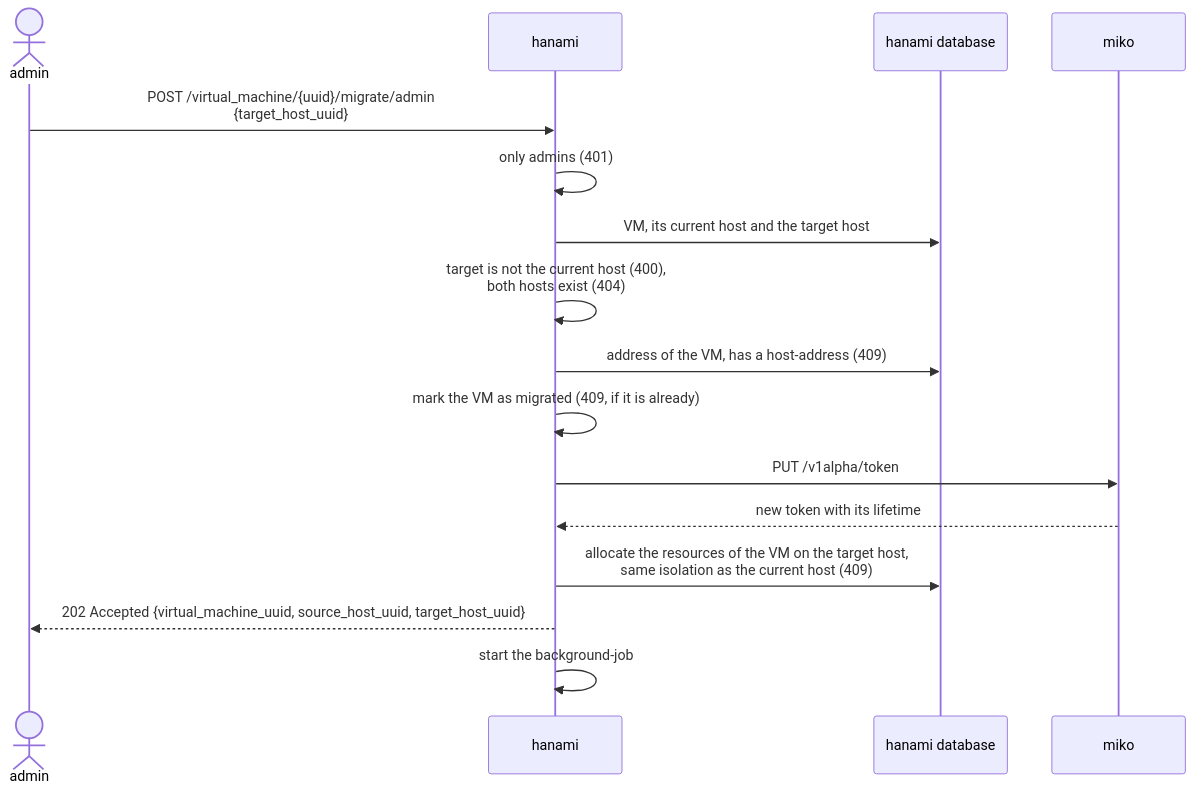
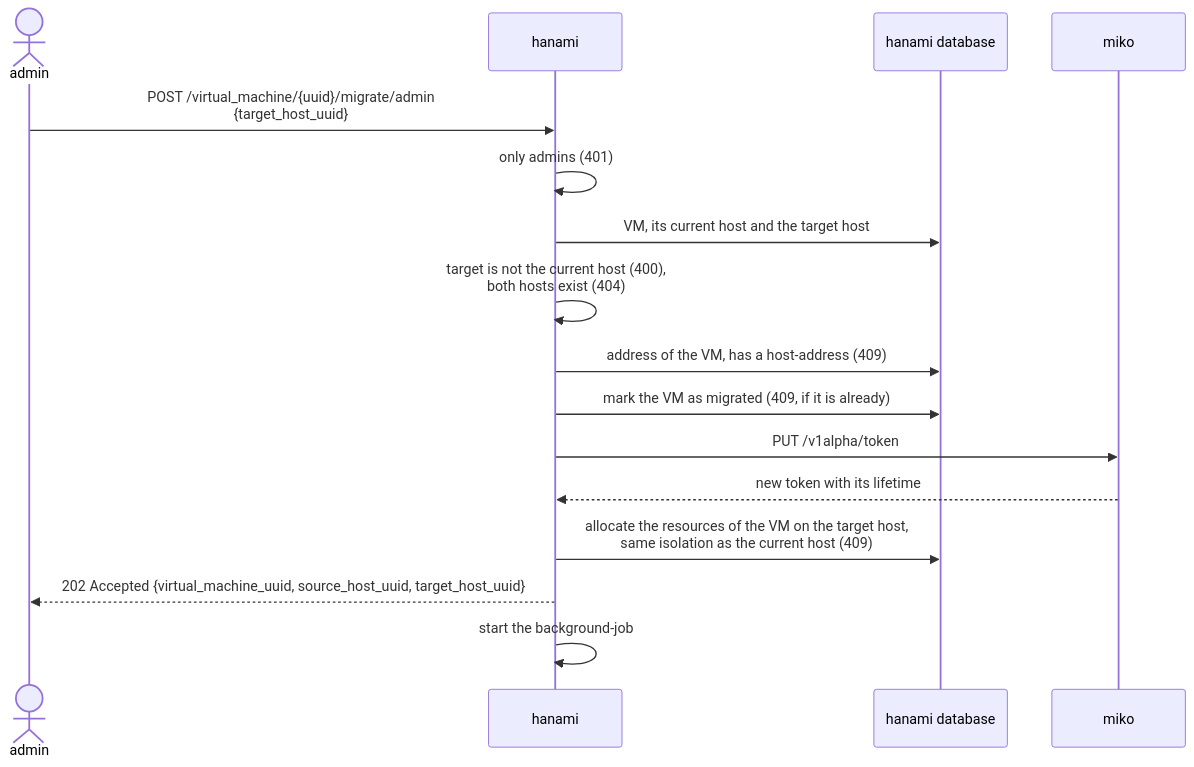
One commit to kitsudaiki/ainari changed the third of 9 diagrams in docs/developer/sequence_diagrams/vm_migration.md. Above: the diagram before and after it, drawn with Mermaid. The commit also changed other lines of this file and 12 other files, not shown here.

````diff
--- a/docs/developer/sequence_diagrams/vm_migration.md
+++ b/docs/developer/sequence_diagrams/vm_migration.md
@@ -90,19 +90,19 @@
 ```mermaid
 sequenceDiagram
     actor A as admin
     participant H as hanami
     participant DB as hanami database
     participant M as miko
 
     A->>H: POST /virtual_machine/{uuid}/migrate/admin<br/>{target_host_uuid}
     H->>H: only admins (401)
     H->>DB: VM, its current host and the target host
     H->>H: target is not the current host (400),<br/>both hosts exist (404)
     H->>DB: address of the VM, has a host-address (409)
-    H->>H: mark the VM as migrated (409, if it is already)
+    H->>DB: mark the VM as migrated (409, if it is already)
     H->>M: PUT /v1alpha/token
     M-->>H: new token with its lifetime
     H->>DB: allocate the resources of the VM on the target host,<br/>same isolation as the current host (409)
     H-->>A: 202 Accepted {virtual_machine_uuid, source_host_uuid, target_host_uuid}
     H->>H: start the background-job
 ```
````
